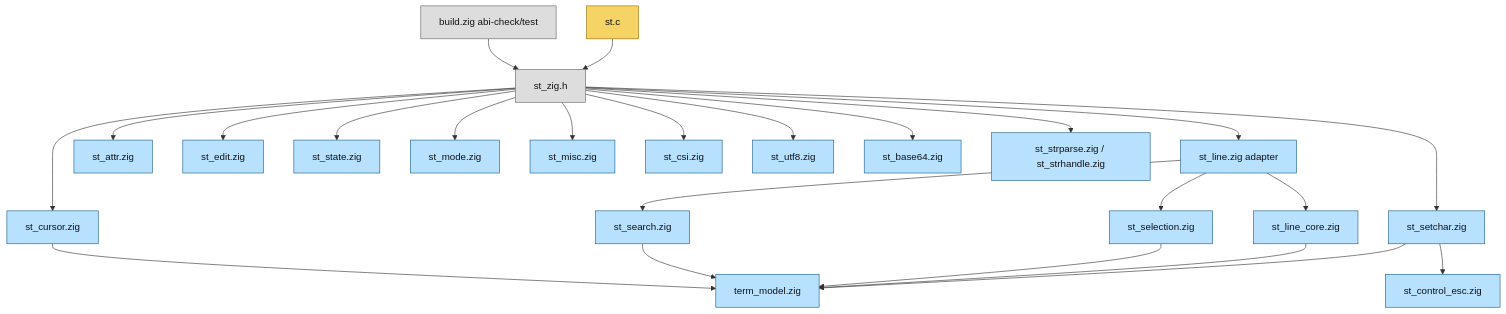
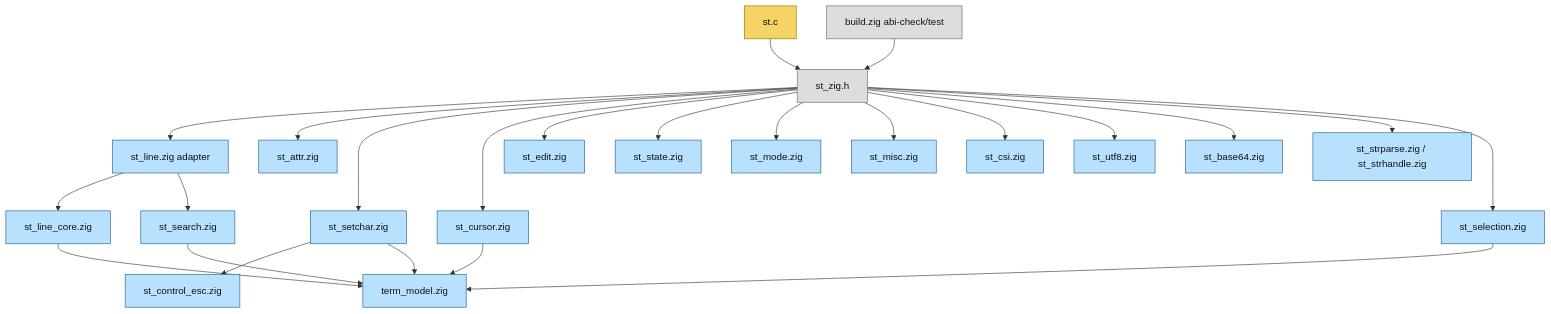
One commit to zdzDesigner/st changed the second of 9 diagrams in docs/architecture-flow.md. Above: the diagram before and after it, drawn with Mermaid. The commit also changed other lines of this file and 6 other files, not shown here.

````diff
--- a/docs/architecture-flow.md
+++ b/docs/architecture-flow.md
@@ -32,39 +32,39 @@
 ```mermaid
 flowchart TB
     C[st.c]
     H[st_zig.h]
     Build[build.zig abi-check/test]
 
     C --> H
     Build --> H
 
     H --> Line[st_line.zig adapter]
     H --> Attr[st_attr.zig]
     H --> SetChar[st_setchar.zig]
     H --> Cursor[st_cursor.zig]
     H --> Edit[st_edit.zig]
     H --> State[st_state.zig]
     H --> Mode[st_mode.zig]
     H --> Misc[st_misc.zig]
     H --> CSI[st_csi.zig]
     H --> UTF8[st_utf8.zig]
     H --> Base64[st_base64.zig]
     H --> Str[st_strparse.zig / st_strhandle.zig]
+    H --> Selection[st_selection.zig]
 
     Line --> LineCore[st_line_core.zig]
-    Line --> Selection[st_selection.zig]
     Line --> Search[st_search.zig]
     SetChar --> ControlEsc[st_control_esc.zig]
     SetChar --> Model[term_model.zig]
     LineCore --> Model
     Selection --> Model
     Search --> Model
     Cursor --> Model
 
     classDef c fill:#f6d365,stroke:#9a6b00,color:#111;
     classDef abi fill:#ddd,stroke:#666,color:#111;
     classDef zig fill:#b8e1ff,stroke:#1b5e8a,color:#111;
     class C c;
     class H,Build abi;
     class Line,Attr,SetChar,Cursor,Edit,State,Mode,Misc,CSI,UTF8,Base64,Str,LineCore,Selection,Search,ControlEsc,Model zig;
 ```
````
